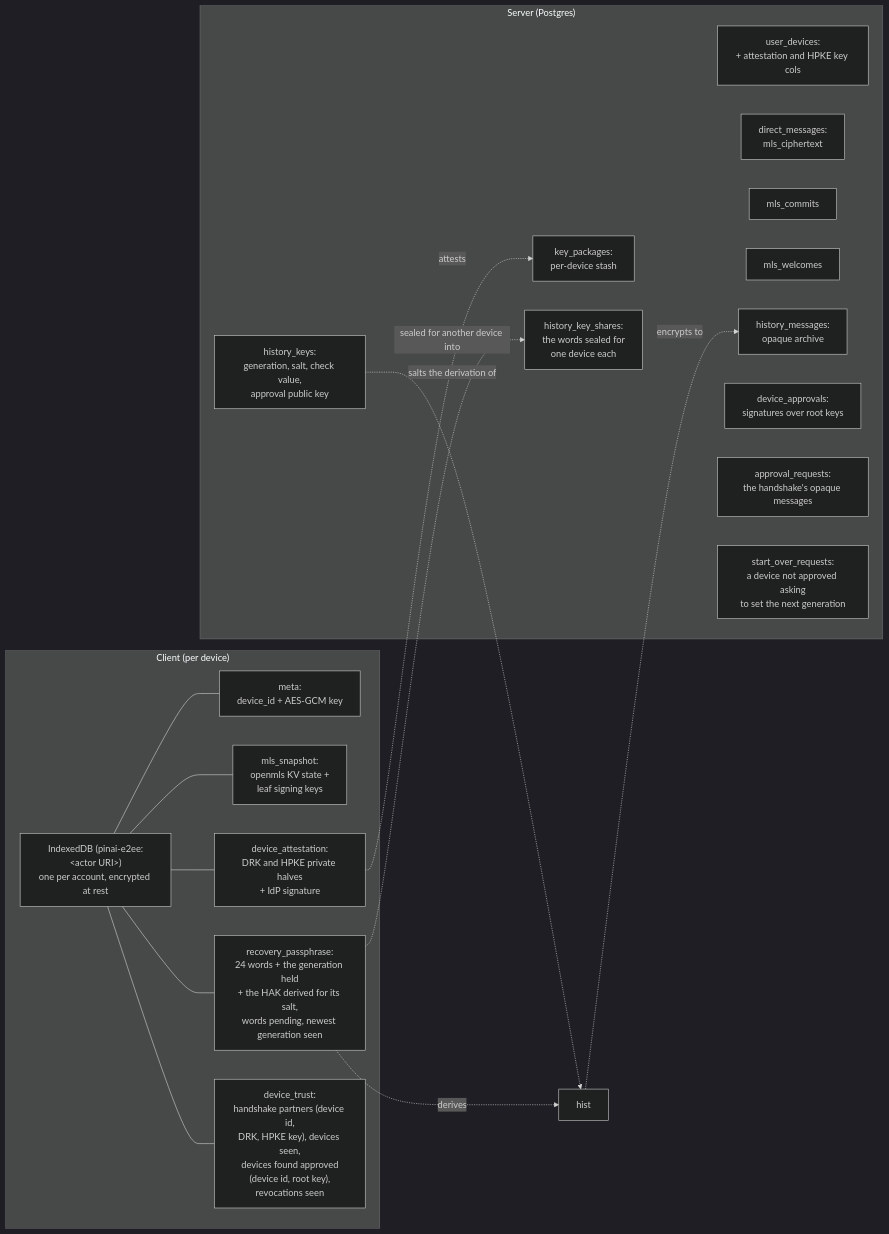
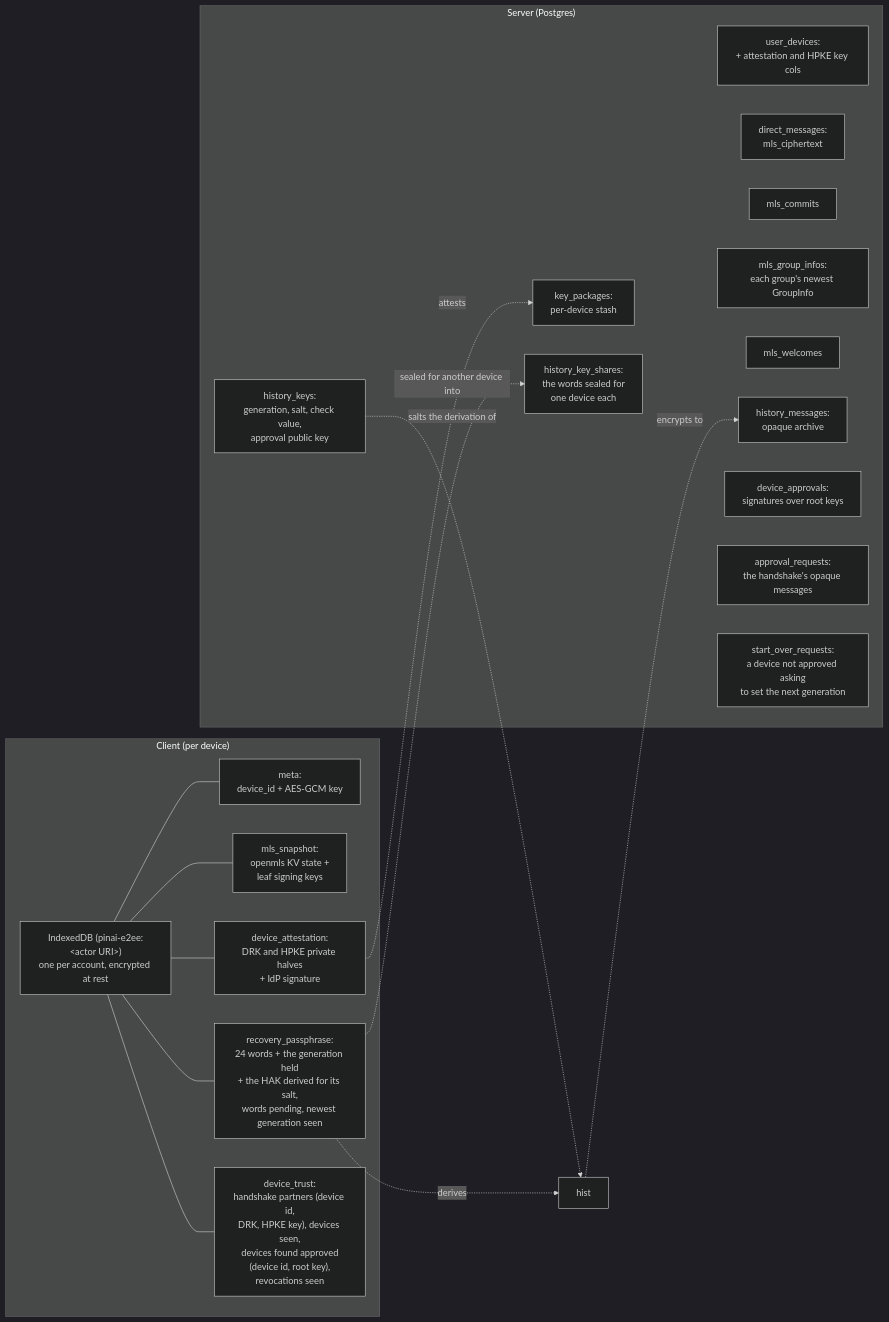
One commit to Pina-i/pinai changed diagram 21 of 21 in identity-provider/specs/e2ee.md. Above: the diagram before and after it, drawn with Mermaid (dark theme). The commit also changed other lines of this file and 29 other files, not shown here.

````diff
--- a/identity-provider/specs/e2ee.md
+++ b/identity-provider/specs/e2ee.md
@@ -2325,29 +2403,30 @@
 ```mermaid
 flowchart LR
     subgraph client ["Client (per device)"]
         IDB["IndexedDB (pinai-e2ee:#lt;actor URI#gt;)<br/>one per account, encrypted at rest"]
         IDB --- meta["meta:<br/>device_id + AES-GCM key"]
         IDB --- ident["mls_snapshot:<br/>openmls KV state +<br/>leaf signing keys"]
         IDB --- att["device_attestation:<br/>DRK and HPKE private halves<br/>+ IdP signature"]
         IDB --- pass["recovery_passphrase:<br/>24 words + the generation held<br/>+ the HAK derived for its salt,<br/>words pending, newest generation seen"]
         IDB --- trust["device_trust:<br/>handshake partners (device id,<br/>DRK, HPKE key), devices seen,<br/>devices found approved<br/>(device id, root key),<br/>revocations seen"]
     end
     subgraph server ["Server (Postgres)"]
         UD["user_devices:<br/>+ attestation and HPKE key cols"]
         KP["key_packages:<br/>per-device stash"]
         DM["direct_messages:<br/>mls_ciphertext"]
         MC["mls_commits"]
+        MG["mls_group_infos:<br/>each group's newest GroupInfo"]
         MW["mls_welcomes"]
         HM["history_messages:<br/>opaque archive"]
         HK["history_keys:<br/>generation, salt, check value,<br/>approval public key"]
         DA["device_approvals:<br/>signatures over root keys"]
         AR["approval_requests:<br/>the handshake's opaque messages"]
         KS["history_key_shares:<br/>the words sealed for<br/>one device each"]
         SO["start_over_requests:<br/>a device not approved asking<br/>to set the next generation"]
     end
     att -.->|attests| KP
     pass -.->|derives| hist
     hist -.->|encrypts to| HM
     HK -.->|salts the derivation of| hist
     pass -.->|sealed for another device into| KS
 ```
````
